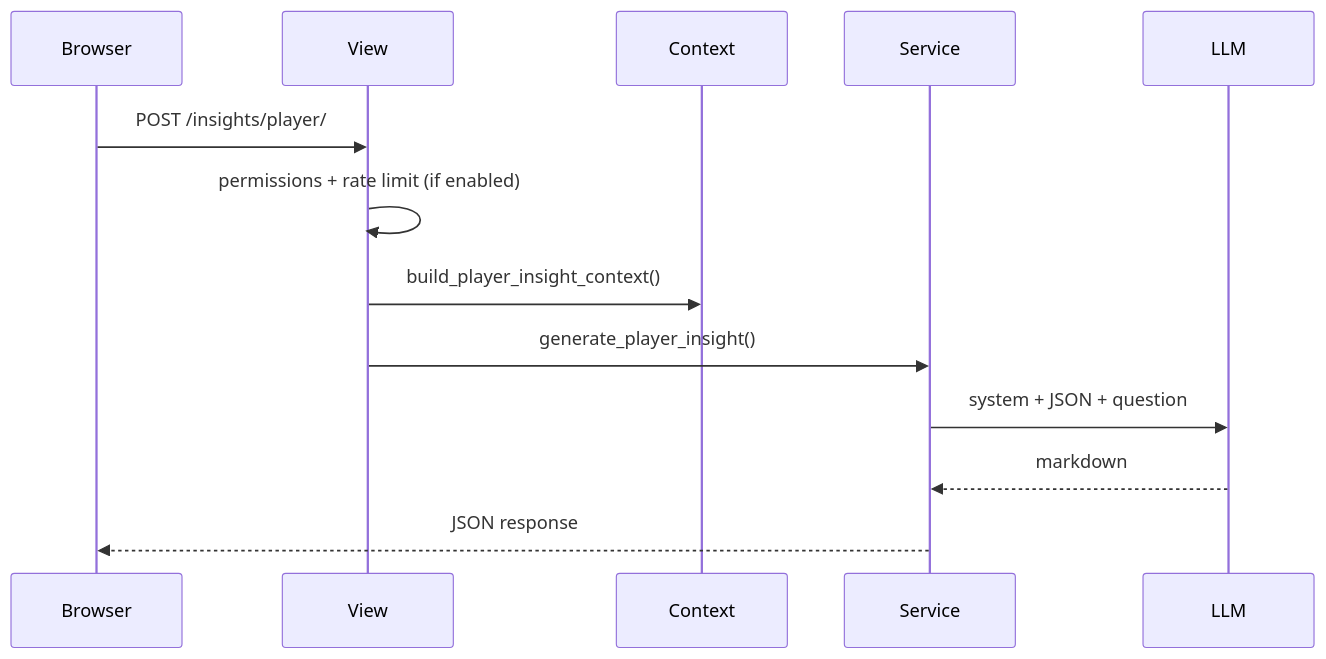
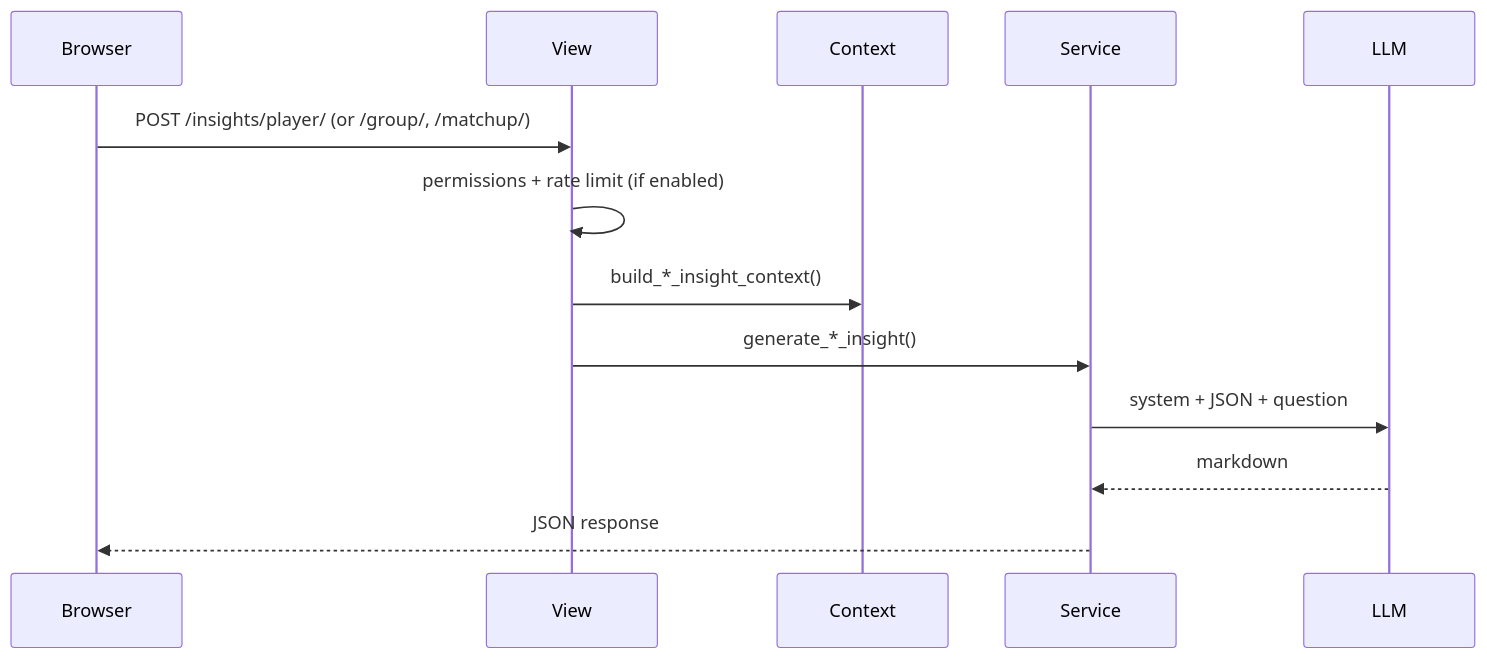
One commit to dmanpearl/leaderlodge changed the diagram in docs/ai-insights.md. Above: the diagram before and after it, drawn with Mermaid. The commit also changed other lines of this file and 13 other files, not shown here.

First line of the commit message:
feat(insights): add matchup insights with multi-player context

````diff
--- a/docs/ai-insights.md
+++ b/docs/ai-insights.md
@@ -139,16 +141,16 @@
 ```mermaid
 sequenceDiagram
   participant Browser
   participant View
   participant Context
   participant Service
   participant LLM
 
-  Browser->>View: POST /insights/player/
+  Browser->>View: POST /insights/player/ (or /group/, /matchup/)
   View->>View: permissions + rate limit (if enabled)
-  View->>Context: build_player_insight_context()
-  View->>Service: generate_player_insight()
+  View->>Context: build_*_insight_context()
+  View->>Service: generate_*_insight()
   Service->>LLM: system + JSON + question
   LLM-->>Service: markdown
   Service-->>Browser: JSON response
 ```
````
